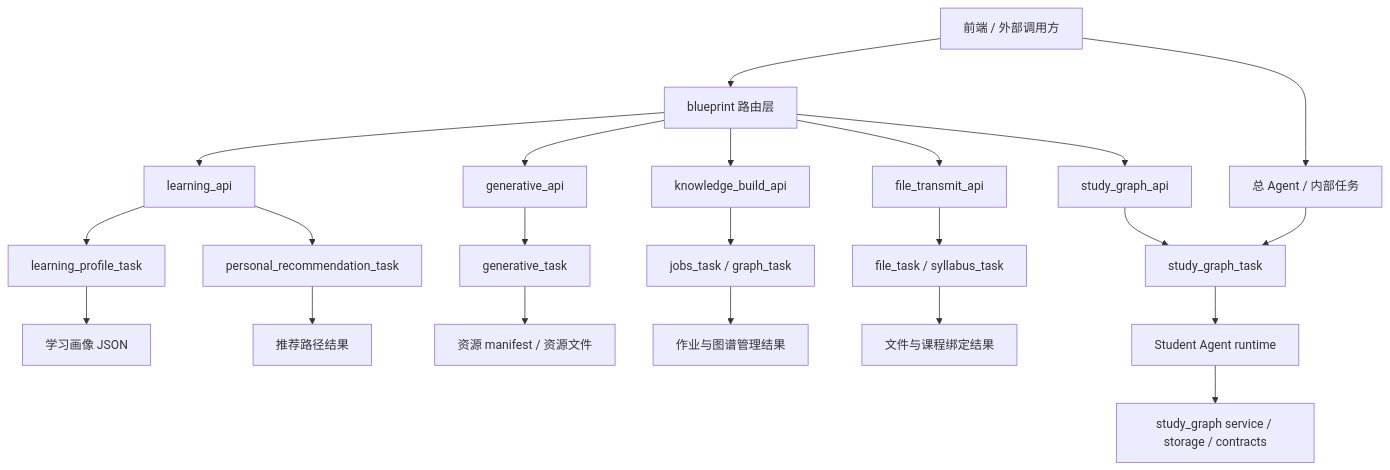
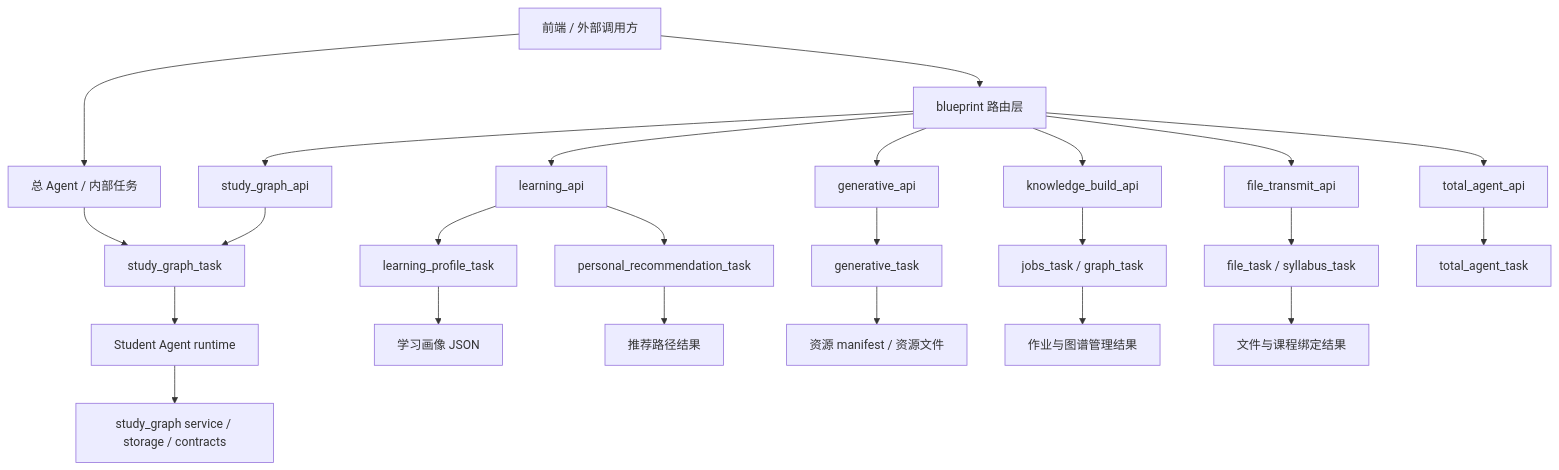
The diagram in docs/interface_call_dev_doc.md (ChesterNotChest/LianJue_Backend), drawn with Mermaid before and after one commit. The commit also changed other lines of this file and 3 other files, not shown here.

Commit message:
新增总agent的接口调用和蓝图注册

````diff
--- a/docs/interface_call_dev_doc.md
+++ b/docs/interface_call_dev_doc.md
@@ -30,24 +31,26 @@
 ```mermaid
 flowchart TD
   A[前端 / 外部调用方] --> B[blueprint 路由层]
   B --> C1[learning_api]
   B --> C2[generative_api]
   B --> C3[knowledge_build_api]
   B --> C4[file_transmit_api]
   B --> C5[study_graph_api]
+  B --> C6[total_agent_api]
   C1 --> D1[learning_profile_task]
   C1 --> D2[personal_recommendation_task]
   C2 --> D3[generative_task]
   C3 --> D4[jobs_task / graph_task]
   C4 --> D5[file_task / syllabus_task]
   C5 --> D6[study_graph_task]
+  C6 --> D7[total_agent_task]
   A --> E[总 Agent / 内部任务]
   E --> D6[study_graph_task]
   D6 --> F1[Student Agent runtime]
   F1 --> F2[study_graph service / storage / contracts]
   D1 --> F3[学习画像 JSON]
   D2 --> F4[推荐路径结果]
   D3 --> F5[资源 manifest / 资源文件]
   D4 --> F6[作业与图谱管理结果]
   D5 --> F7[文件与课程绑定结果]
 ```
````
